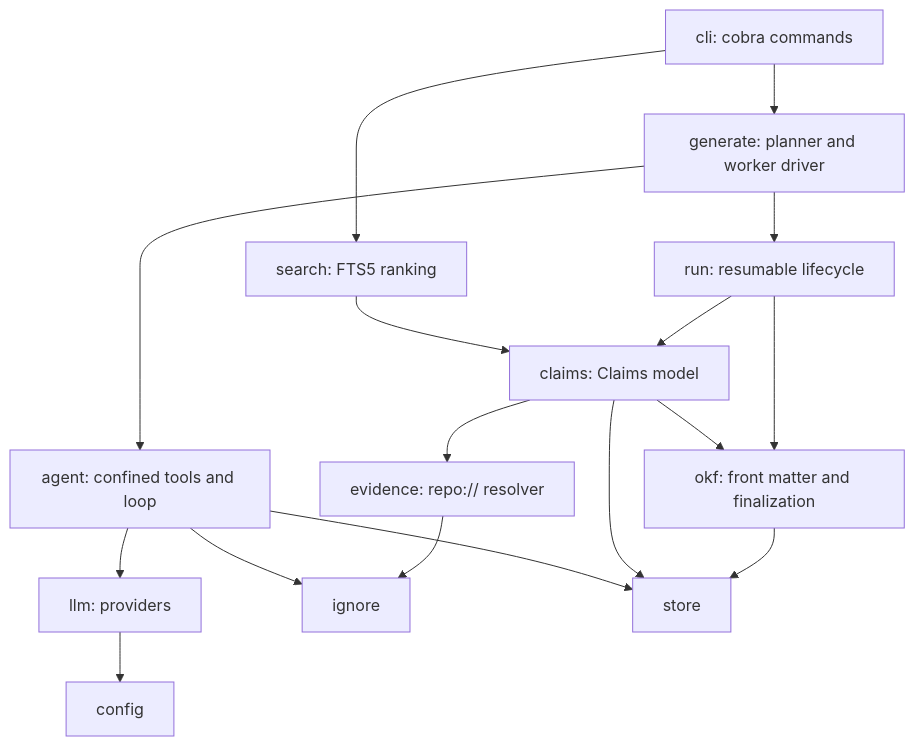
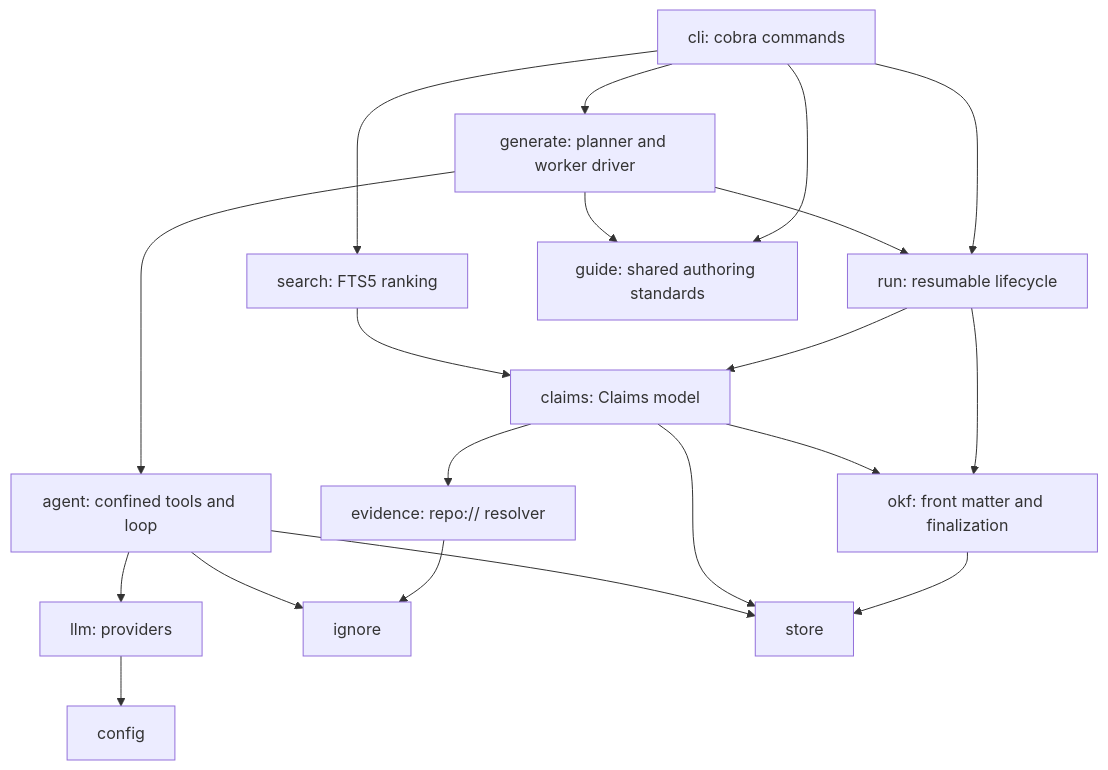
The diagram in openwiki/architecture/overview.md (Hoodoo/owcli), drawn with Mermaid before and after one commit. The commit also changed other lines of this file and 13 other files, not shown here.

````diff
--- a/openwiki/architecture/overview.md
+++ b/openwiki/architecture/overview.md
@@ -46,19 +50,23 @@
 ```mermaid
 flowchart TD
     cli["cli: cobra commands"] --> generate
     cli --> search
+    cli --> run
+    cli --> guide
+    generate --> guide
+    guide["guide: shared authoring standards"]
     generate["generate: planner and worker driver"] --> run
     generate --> agent
     run["run: resumable lifecycle"] --> claims
     run --> okf
     agent["agent: confined tools and loop"] --> llm
     llm["llm: providers"] --> config
     claims["claims: Claims model"] --> evidence
     claims --> okf
     search["search: FTS5 ranking"] --> claims
     evidence["evidence: repo:// resolver"] --> ignore
     okf["okf: front matter and finalization"] --> store
     claims --> store
     agent --> store
     agent --> ignore
 ```
````
